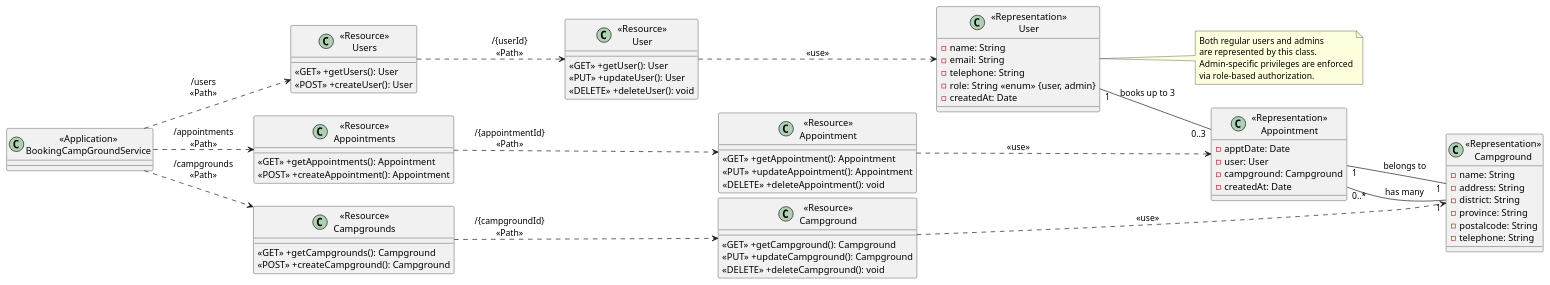
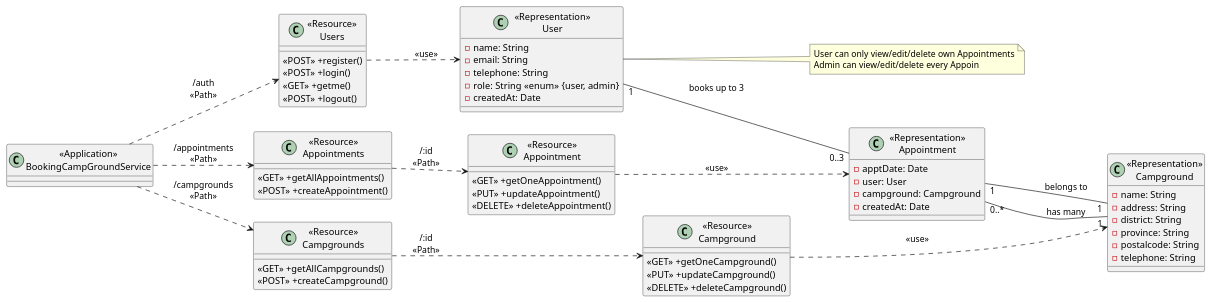
One commit to Thossatham/Campground_Backend changed the diagram in ClassDiagram.puml. Above: the diagram before and after it, drawn with PlantUML. The commit also changed 6 other files, not shown here.

```diff
--- a/ClassDiagram.puml
+++ b/ClassDiagram.puml
@@ -1,92 +1,84 @@
 @startuml
 left to right direction
-
 ' Application Service
 class "<<Application>>\nBookingCampGroundService" as BookingCampGroundService {}
 
 ' Users Resources
 class "<<Resource>>\nUsers" as ResourceUsers {
-    <<GET>> +getUsers(): User
-    <<POST>> +createUser(): User
-}
-
-class "<<Resource>>\nUser" as ResourceUser {
-    <<GET>> +getUser(): User
-    <<PUT>> +updateUser(): User
-    <<DELETE>> +deleteUser(): void
+    <<POST>> +register()
+    <<POST>> +login()
+    <<GET>> +getme()
+    <<POST>> +logout()
 }
 
 class "<<Representation>>\nUser" as RepresentationUser {
     - name: String
     - email: String
     - telephone: String
     - role: String <<enum>> {user, admin}
     - createdAt: Date
 }
 
 note right of RepresentationUser
-  Both regular users and admins
-  are represented by this class.
-  Admin-specific privileges are enforced
-  via role-based authorization.
+ User can only view/edit/delete own Appointments
+ Admin can view/edit/delete every Appoin
 end note
 
 ' Appointments Resources
 class "<<Resource>>\nAppointments" as ResourceAppointments {
-    <<GET>> +getAppointments(): Appointment
-    <<POST>> +createAppointment(): Appointment
+    <<GET>> +getAllAppointments()
+    <<POST>> +createAppointment()
 }
 
 class "<<Resource>>\nAppointment" as ResourceAppointment {
-    <<GET>> +getAppointment(): Appointment
-    <<PUT>> +updateAppointment(): Appointment
-    <<DELETE>> +deleteAppointment(): void
+    <<GET>> +getOneAppointment()
+    <<PUT>> +updateAppointment()
+    <<DELETE>> +deleteAppointment()
 }
 
 class "<<Representation>>\nAppointment" as RepresentationAppointment {
     - apptDate: Date
     - user: User
     - campground: Campground
     - createdAt: Date
 }
 
 ' Campgrounds Resources
 class "<<Resource>>\nCampgrounds" as ResourceCampgrounds {
-    <<GET>> +getCampgrounds(): Campground
-    <<POST>> +createCampground(): Campground
+    <<GET>> +getAllCampgrounds()
+    <<POST>> +createCampground()
 }
 
 class "<<Resource>>\nCampground" as ResourceCampground {
-    <<GET>> +getCampground(): Campground
-    <<PUT>> +updateCampground(): Campground
-    <<DELETE>> +deleteCampground(): void
+    <<GET>> +getOneCampground()
+    <<PUT>> +updateCampground()
+    <<DELETE>> +deleteCampground()
 }
 
 class "<<Representation>>\nCampground" as RepresentationCampground {
     - name: String
     - address: String
     - district: String
     - province: String
     - postalcode: String
     - telephone: String
 }
 
 ' Resource path relationships
-BookingCampGroundService ..> ResourceUsers : "/users\n<<Path>>"
-ResourceUsers ..> ResourceUser : "/{userId}\n<<Path>>"
-ResourceUser ..> RepresentationUser : "<<use>>"
+BookingCampGroundService ..> ResourceUsers : "/auth\n<<Path>>"
+ResourceUsers ..>  RepresentationUser : "<<use>>"
 
 BookingCampGroundService ..> ResourceAppointments : "/appointments\n<<Path>>"
-ResourceAppointments ..> ResourceAppointment : "/{appointmentId}\n<<Path>>"
+ResourceAppointments ..> ResourceAppointment : "/:id\n<<Path>>"
 ResourceAppointment ..> RepresentationAppointment : "<<use>>"
 
 BookingCampGroundService ..> ResourceCampgrounds : "/campgrounds\n<<Path>>"
-ResourceCampgrounds ..> ResourceCampground : "/{campgroundId}\n<<Path>>"
+ResourceCampgrounds ..> ResourceCampground : "/:id\n<<Path>>"
 ResourceCampground ..> RepresentationCampground : "<<use>>"
 
 ' Relationships between representations (models)
 RepresentationUser "1" -- "0..3" RepresentationAppointment : "books up to 3"
 RepresentationAppointment "1" -- "1" RepresentationCampground : "belongs to"
 RepresentationCampground "1" -- "0..*" RepresentationAppointment : "has many"
 
 @enduml
```
